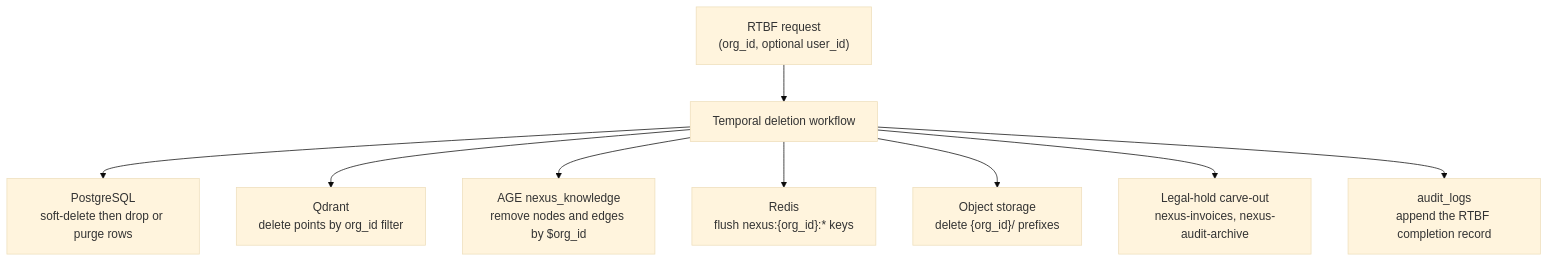
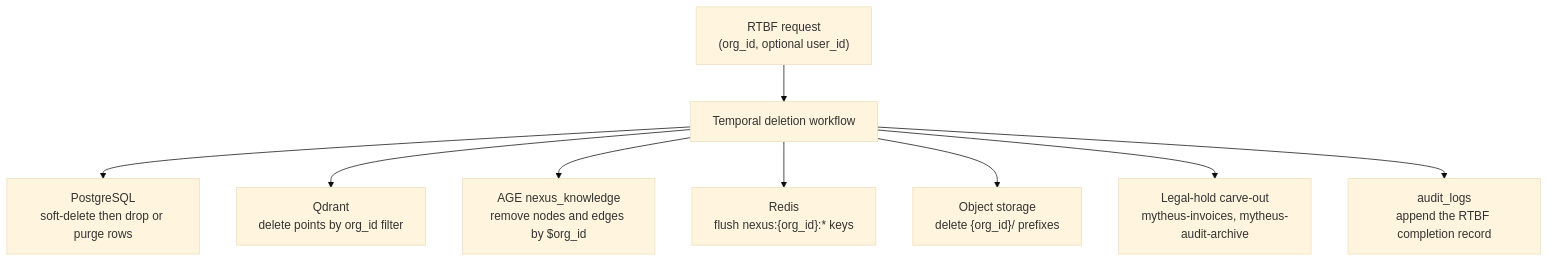
The diagram in design/rtbf-contract.md (Mytheus-AI/mytheus-docs), drawn with Mermaid (base theme) before and after one commit. The commit also changed other lines of this file and 28 other files, not shown here.

First line of the commit message:
docs: rename the object storage buckets from nexus-* to mytheus-* (ADR-0028)

````diff
--- a/design/rtbf-contract.md
+++ b/design/rtbf-contract.md
@@ -15,11 +15,11 @@
 ```mermaid
 flowchart TD
   REQ["RTBF request<br/>(org_id, optional user_id)"] --> WF["Temporal deletion workflow"]
   WF --> PG["PostgreSQL<br/>soft-delete then drop or purge rows"]
   WF --> QD["Qdrant<br/>delete points by org_id filter"]
   WF --> AGE["AGE nexus_knowledge<br/>remove nodes and edges by $org_id"]
   WF --> RD["Redis<br/>flush nexus:{org_id}:* keys"]
   WF --> OBJ["Object storage<br/>delete {org_id}/ prefixes"]
-  WF --> HOLD["Legal-hold carve-out<br/>nexus-invoices, nexus-audit-archive"]
+  WF --> HOLD["Legal-hold carve-out<br/>mytheus-invoices, mytheus-audit-archive"]
   WF --> AUD["audit_logs<br/>append the RTBF completion record"]
 ```
````
